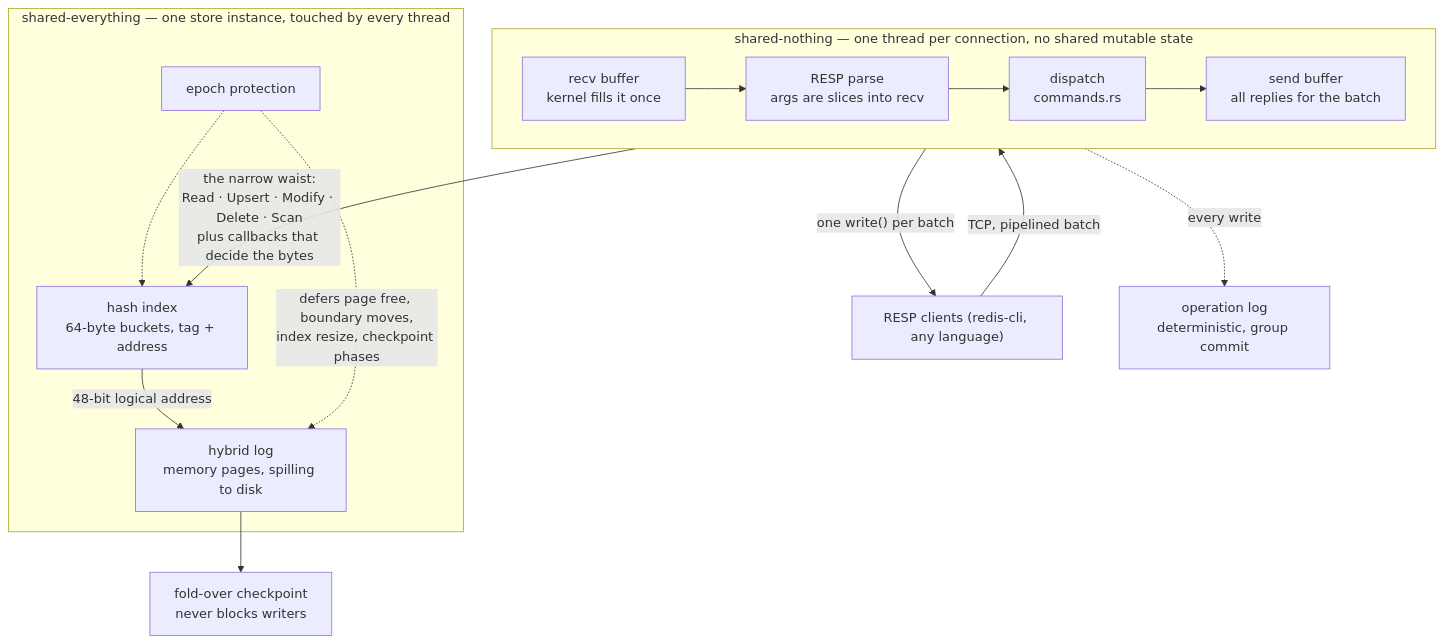
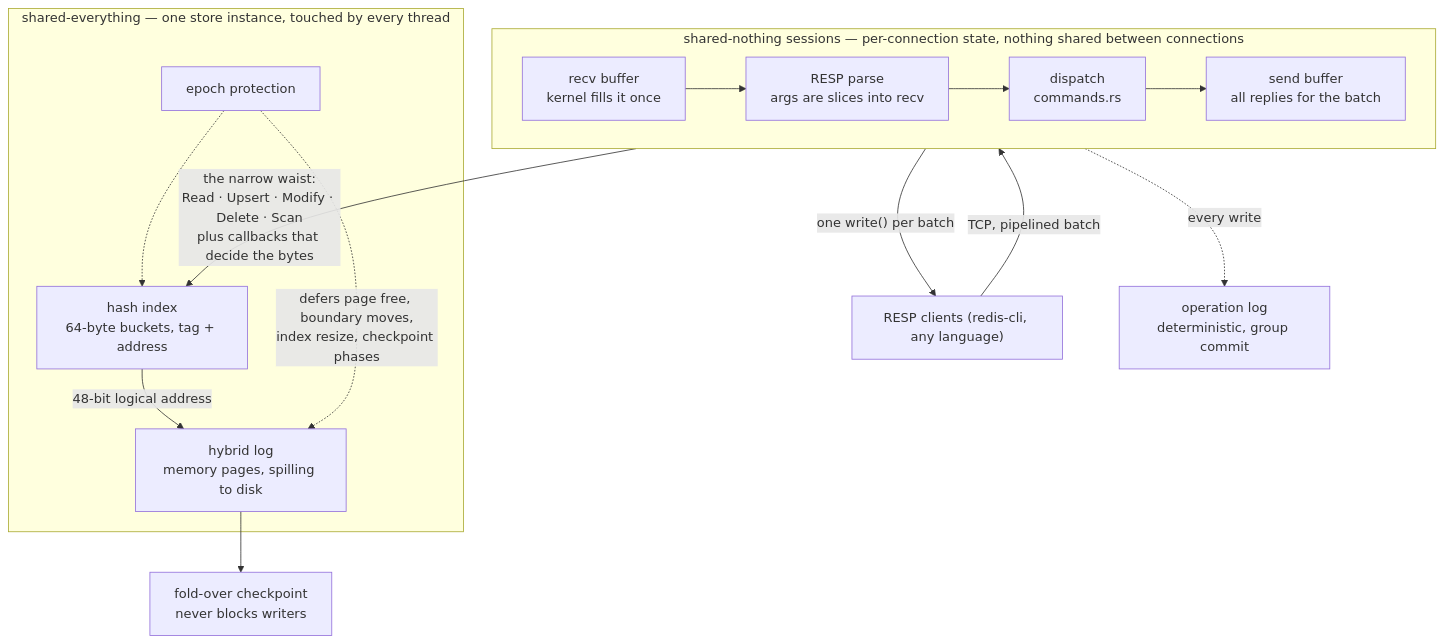
The diagram in README.md (SamuelXing/mini-garnet), drawn with Mermaid before and after one commit. The commit also changed other lines of this file and 1 other file, not shown here.

Commit message:
Add a reading guide tying each design decision to the code it produces, and correct the shared-nothing label

````diff
--- a/README.md
+++ b/README.md
@@ -42,31 +52,31 @@
 ```mermaid
 flowchart TB
     CLI["RESP clients (redis-cli, any language)"]
 
-    subgraph SN["shared-nothing — one thread per connection, no shared mutable state"]
+    subgraph SN["shared-nothing sessions — per-connection state, nothing shared between connections"]
         direction LR
         RB["recv buffer<br/>kernel fills it once"]
         PA["RESP parse<br/>args are slices into recv"]
         DI["dispatch<br/>commands.rs"]
         SB["send buffer<br/>all replies for the batch"]
         RB --> PA --> DI --> SB
     end
 
     subgraph SE["shared-everything — one store instance, touched by every thread"]
         IX["hash index<br/>64-byte buckets, tag + address"]
         LOG["hybrid log<br/>memory pages, spilling to disk"]
         EPO["epoch protection"]
         IX -->|"48-bit logical address"| LOG
         EPO -.->|"defers page free, boundary moves,<br/>index resize, checkpoint phases"| LOG
         EPO -.-> IX
     end
 
     AOF["operation log<br/>deterministic, group commit"]
     CK["fold-over checkpoint<br/>never blocks writers"]
 
     CLI -->|"TCP, pipelined batch"| RB
     SB -->|"one write() per batch"| CLI
     DI -->|"the narrow waist:<br/>Read · Upsert · Modify · Delete · Scan<br/>plus callbacks that decide the bytes"| IX
     DI -.->|"every write"| AOF
     LOG --> CK
 ```
````
